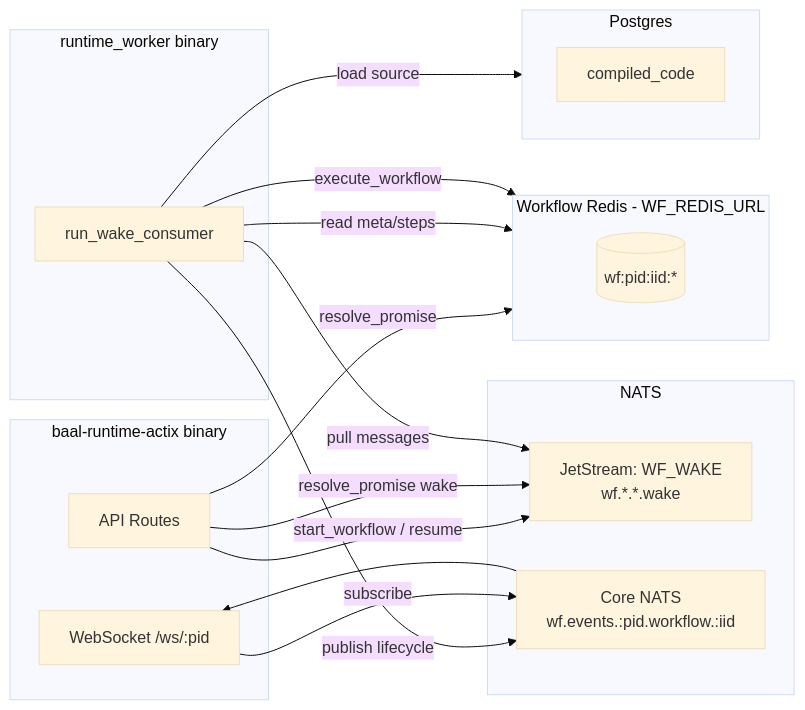
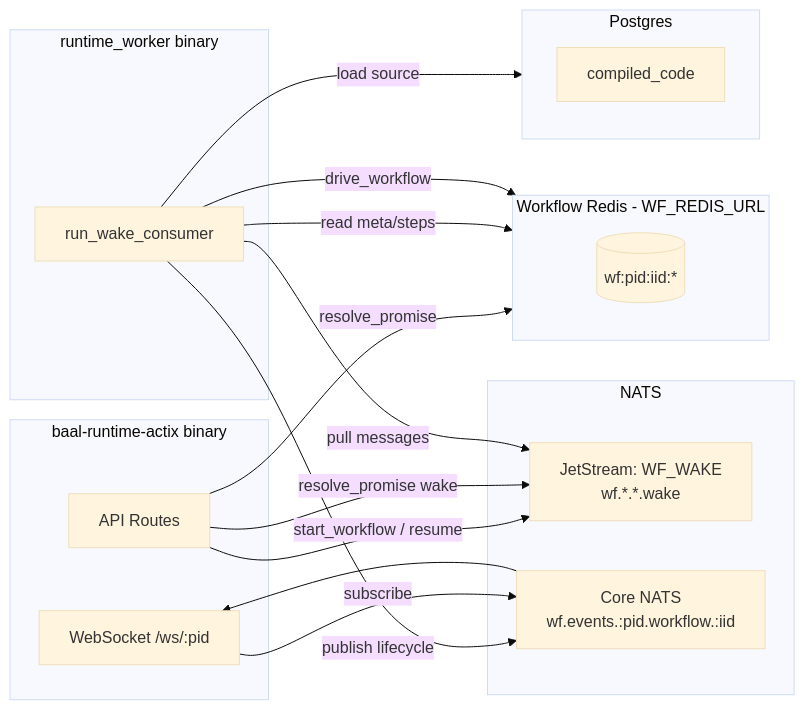
One commit to BaaSForge/baasforge-runtime-actix changed the first of 4 diagrams in docs/workflow-internals.md. Above: the diagram before and after it, drawn with Mermaid (base theme). The commit also changed other lines of this file and 2 other files, not shown here.

First line of the commit message:
refactor: rename execute_workflow to drive_workflow for clarity and consistency

````diff
--- a/docs/workflow-internals.md
+++ b/docs/workflow-internals.md
@@ -11,37 +11,37 @@
 ```mermaid
 graph LR
     subgraph HTTP Server [baal-runtime-actix binary]
         API[API Routes]
         WS[WebSocket /ws/:pid]
     end
 
     subgraph Worker [runtime_worker binary]
         WC[run_wake_consumer]
     end
 
     subgraph NATS
         JS_WF[JetStream: WF_WAKE\nwf.*.*.wake]
         CORE[Core NATS\nwf.events.:pid.workflow.:iid]
     end
 
     subgraph Redis [Workflow Redis - WF_REDIS_URL]
         R[(wf:pid:iid:*)]
     end
 
     subgraph PG [Postgres]
         SRC[compiled_code]
     end
 
     API -->|start_workflow / resume| JS_WF
     API -->|resolve_promise| Redis
     API -->|resolve_promise wake| JS_WF
 
     WC -->|pull messages| JS_WF
     WC -->|read meta/steps| Redis
     WC -->|load source| PG
-    WC -->|execute_workflow| Redis
+    WC -->|drive_workflow| Redis
     WC -->|publish lifecycle| CORE
 
     WS -->|subscribe| CORE
     CORE --> WS
 ```
````
